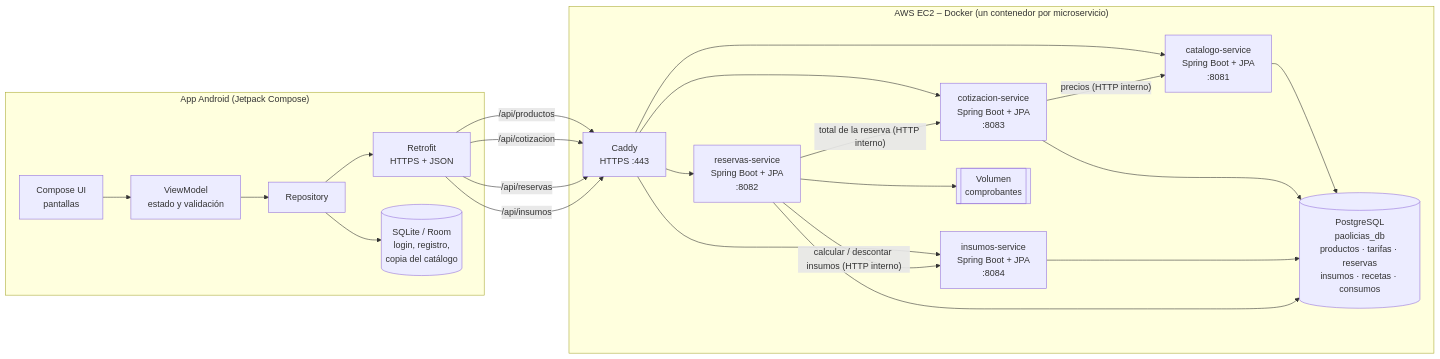
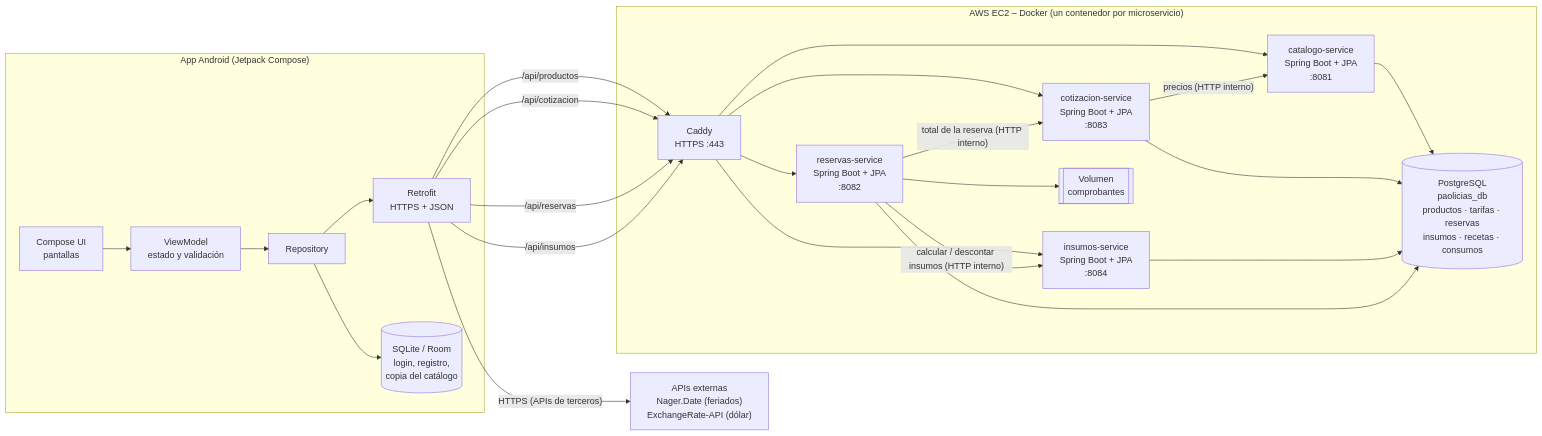
The first of 4 diagrams in documents/arquitectura.md (VooNn47/Paolicias.sweet), drawn with Mermaid before and after one commit. The commit also changed other lines of this file and 12 other files, not shown here.

First line of the commit message:
feat: consumo de APIs externas (feriados y tipo de cambio)

````diff
--- a/documents/arquitectura.md
+++ b/documents/arquitectura.md
@@ -8,36 +8,37 @@
 ```mermaid
 flowchart LR
     subgraph Android["App Android (Jetpack Compose)"]
         UI["Compose UI<br/>pantallas"] --> VM["ViewModel<br/>estado y validación"]
         VM --> REPO["Repository"]
         REPO --> RET["Retrofit<br/>HTTPS + JSON"]
         REPO --> ROOM[("SQLite / Room<br/>login, registro,<br/>copia del catálogo")]
     end
 
     subgraph Nube["AWS EC2 – Docker (un contenedor por microservicio)"]
         CADDY["Caddy<br/>HTTPS :443"]
         CAT["catalogo-service<br/>Spring Boot + JPA<br/>:8081"]
         COT["cotizacion-service<br/>Spring Boot + JPA<br/>:8083"]
         INS["insumos-service<br/>Spring Boot + JPA<br/>:8084"]
         RES["reservas-service<br/>Spring Boot + JPA<br/>:8082"]
         PG[("PostgreSQL<br/>paolicias_db<br/>productos · tarifas · reservas<br/>insumos · recetas · consumos")]
         VOL[["Volumen<br/>comprobantes"]]
     end
 
     RET -- "/api/productos" --> CADDY
     RET -- "/api/cotizacion" --> CADDY
     RET -- "/api/reservas" --> CADDY
     RET -- "/api/insumos" --> CADDY
+    RET -- "HTTPS (APIs de terceros)" --> EXT["APIs externas<br/>Nager.Date (feriados)<br/>ExchangeRate-API (dólar)"]
     CADDY --> CAT
     CADDY --> COT
     CADDY --> RES
     CADDY --> INS
     RES -- "total de la reserva (HTTP interno)" --> COT
     COT -- "precios (HTTP interno)" --> CAT
     RES -- "calcular / descontar insumos (HTTP interno)" --> INS
     CAT --> PG
     COT --> PG
     INS --> PG
     RES --> PG
     RES --> VOL
 ```
````
